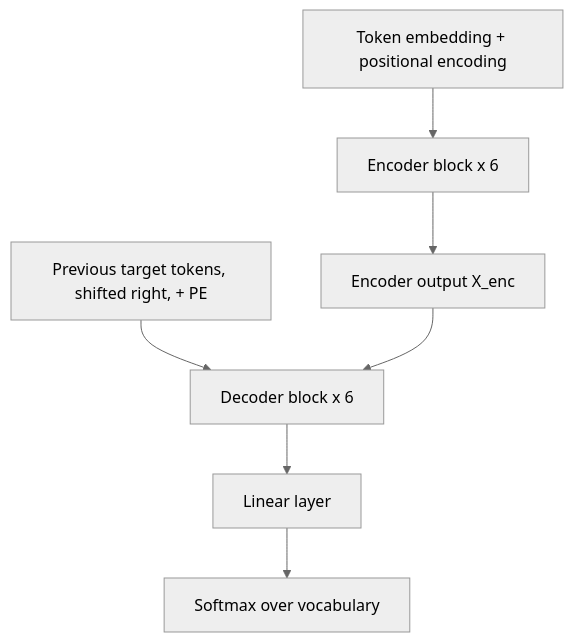
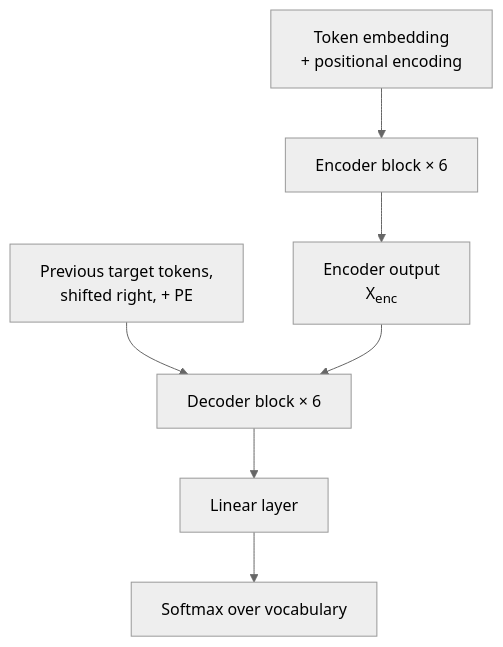
The diagram in src/content/post/cse425-final-transformer-architecture/index.md (lubdhak7414/lubdhak7414.github.io), drawn with Mermaid (neutral theme) before and after one commit. The commit also changed other lines of this file and 174 other files, not shown here.

First line of the commit message:
CSE 425 course hub, series polish, math and figure fixes, site-wide polish pass

````diff
--- a/src/content/post/cse425-final-transformer-architecture/index.md
+++ b/src/content/post/cse425-final-transformer-architecture/index.md
@@ -28,9 +28,9 @@
 ```mermaid
 flowchart TD
-    A["Token embedding + positional encoding"] --> B["Encoder block x 6"]
-    B --> C["Encoder output X_enc"]
-    D["Previous target tokens, shifted right, + PE"] --> E["Decoder block x 6"]
+    A["Token embedding<br/>+ positional encoding"] --> B["Encoder block × 6"]
+    B --> C["Encoder output<br/>X<sub>enc</sub>"]
+    D["Previous target tokens,<br/>shifted right, + PE"] --> E["Decoder block × 6"]
     C --> E
     E --> F["Linear layer"]
     F --> G["Softmax over vocabulary"]
 ```
````
